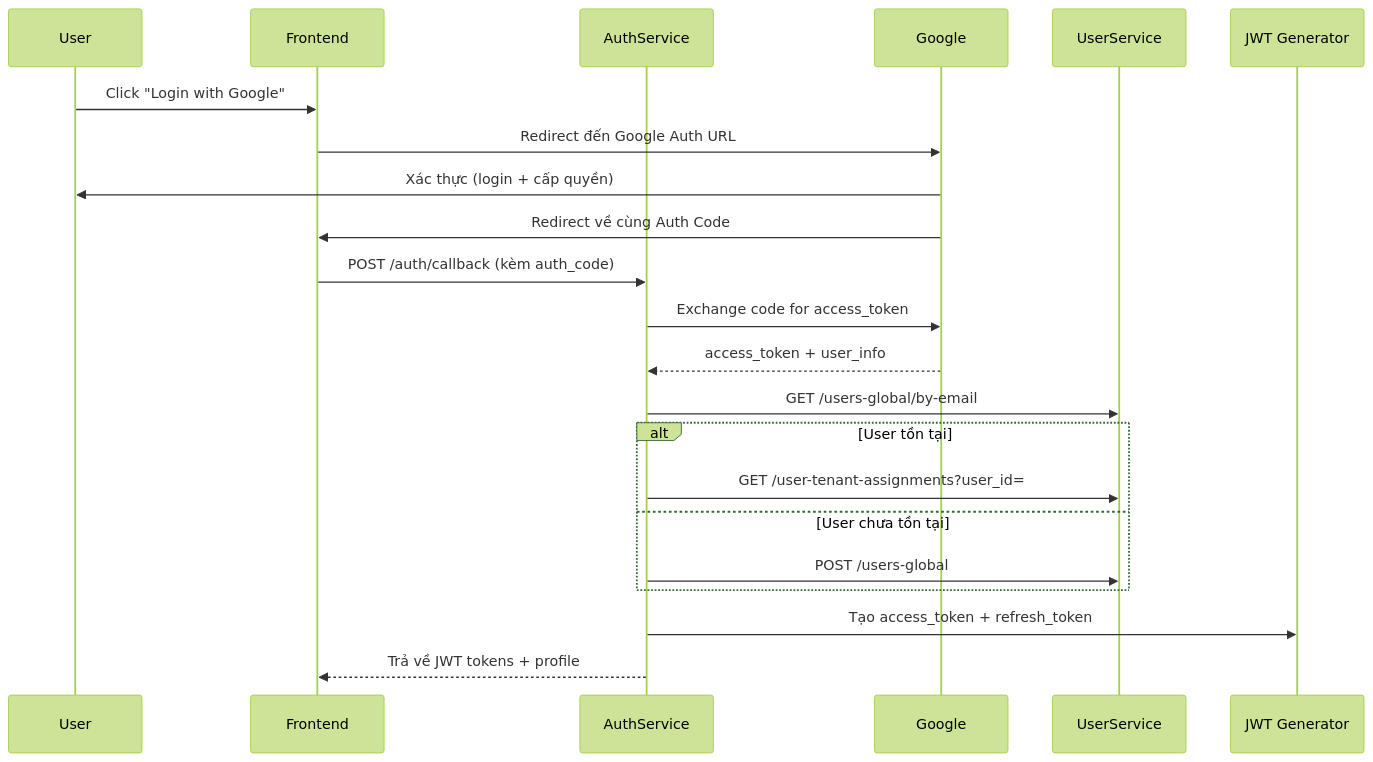
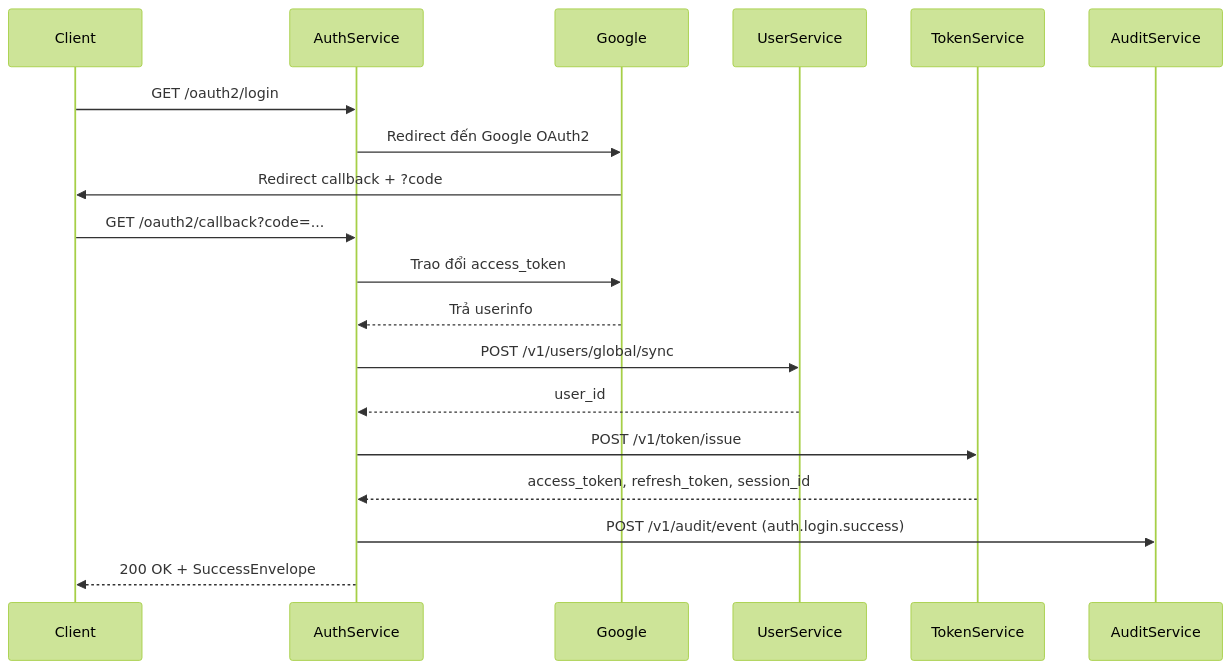
Before and after one commit to ezdesign-vn/dx-vas: the diagram in docs/services/auth-service/master/design.md, drawn with Mermaid (forest theme). The commit also changed other lines of this file, not shown here.

Commit message:
update auth service master design file

````diff
--- a/docs/services/auth-service/master/design.md
+++ b/docs/services/auth-service/master/design.md
@@ -146,24 +174,28 @@
 ```mermaid
 sequenceDiagram
-    participant User
-    participant Frontend
+    participant Client
     participant AuthService
     participant Google
     participant UserService
+    participant TokenService
+    participant AuditService
 
-    User->>Frontend: Click "Login with Google"
-    Frontend->>Google: Redirect đến Google Auth URL
-    Google->>User: Xác thực (login + cấp quyền)
-    Google->>Frontend: Redirect về cùng Auth Code
-    Frontend->>AuthService: POST /auth/callback (kèm auth_code)
-    AuthService->>Google: Exchange code for access_token
-    Google-->>AuthService: access_token + user_info
-    AuthService->>UserService: GET /users-global/by-email
-    alt User tồn tại
-        AuthService->>UserService: GET /user-tenant-assignments?user_id=
-    else User chưa tồn tại
-        AuthService->>UserService: POST /users-global
-    end
-    AuthService->>JWT Generator: Tạo access_token + refresh_token
-    AuthService-->>Frontend: Trả về JWT tokens + profile
+    Client->>AuthService: GET /oauth2/login
+    AuthService->>Google: Redirect đến Google OAuth2
+
+    Google->>Client: Redirect callback + ?code
+    Client->>AuthService: GET /oauth2/callback?code=...
+
+    AuthService->>Google: Trao đổi access_token
+    Google-->>AuthService: Trả userinfo
+
+    AuthService->>UserService: POST /v1/users/global/sync
+    UserService-->>AuthService: user_id
+
+    AuthService->>TokenService: POST /v1/token/issue
+    TokenService-->>AuthService: access_token, refresh_token, session_id
+
+    AuthService->>AuditService: POST /v1/audit/event (auth.login.success)
+
+    AuthService-->>Client: 200 OK + SuccessEnvelope
 ```
````
